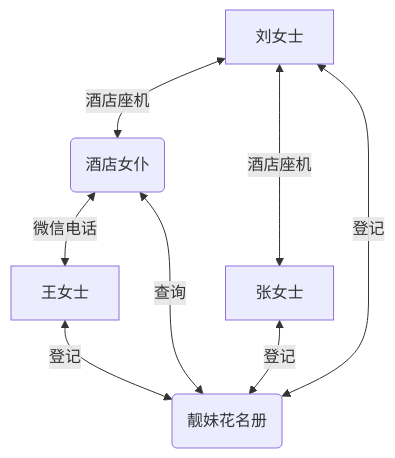
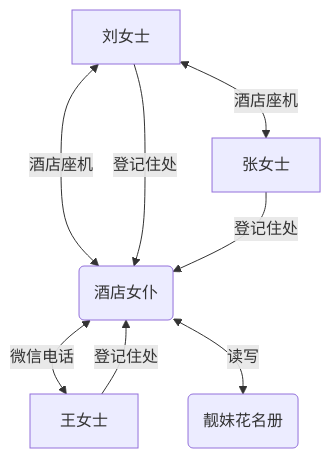
Diagram 12 of 14 in content/posts/the-comments-system.md (sb-child/sb-child), drawn with Mermaid before and after one commit. The commit also changed other lines of this file, not shown here.

````diff
--- a/content/posts/the-comments-system.md
+++ b/content/posts/the-comments-system.md
@@ -293,10 +293,10 @@
 ```mermaid
 flowchart TD
     A[刘女士] <--> |酒店座机| B(酒店女仆)
     A[刘女士] <--> |酒店座机| E[张女士]
     B(酒店女仆) <--> |微信电话| C[王女士]
-    A[刘女士] <--> |登记| D(靓妹花名册)
-    C[王女士] <--> |登记| D(靓妹花名册)
-    E[张女士] <--> |登记| D(靓妹花名册)
-    B(酒店女仆) <--> |查询| D(靓妹花名册)
+    B(酒店女仆) <--> |读写| D(靓妹花名册)
+    A[刘女士] --> |登记住处| B(酒店女仆)
+    C[王女士] --> |登记住处| B(酒店女仆)
+    E[张女士] --> |登记住处| B(酒店女仆)
 ```
````
